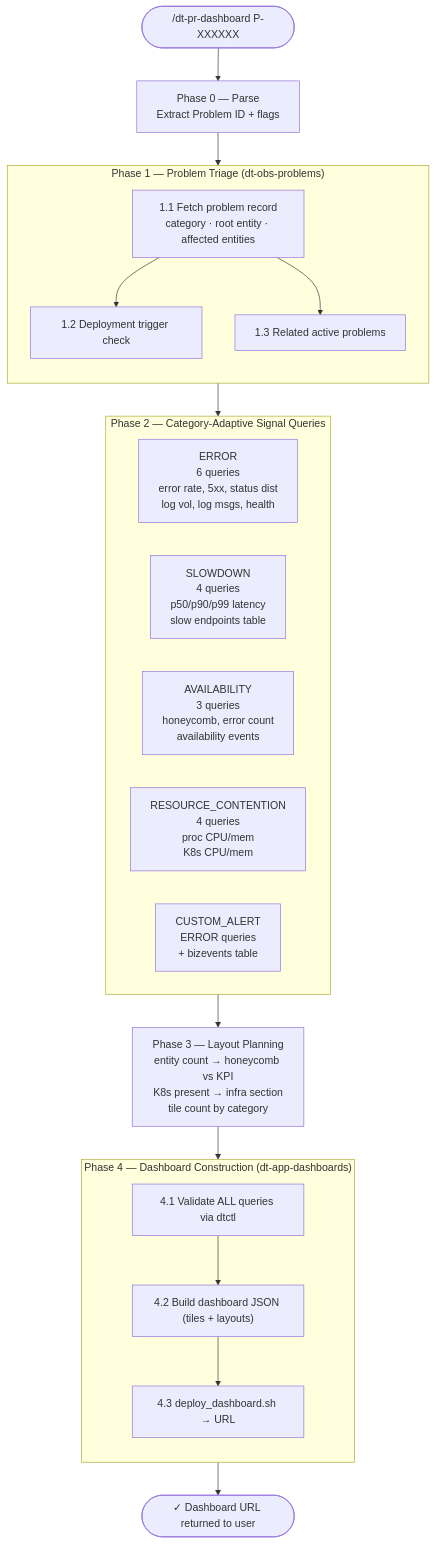
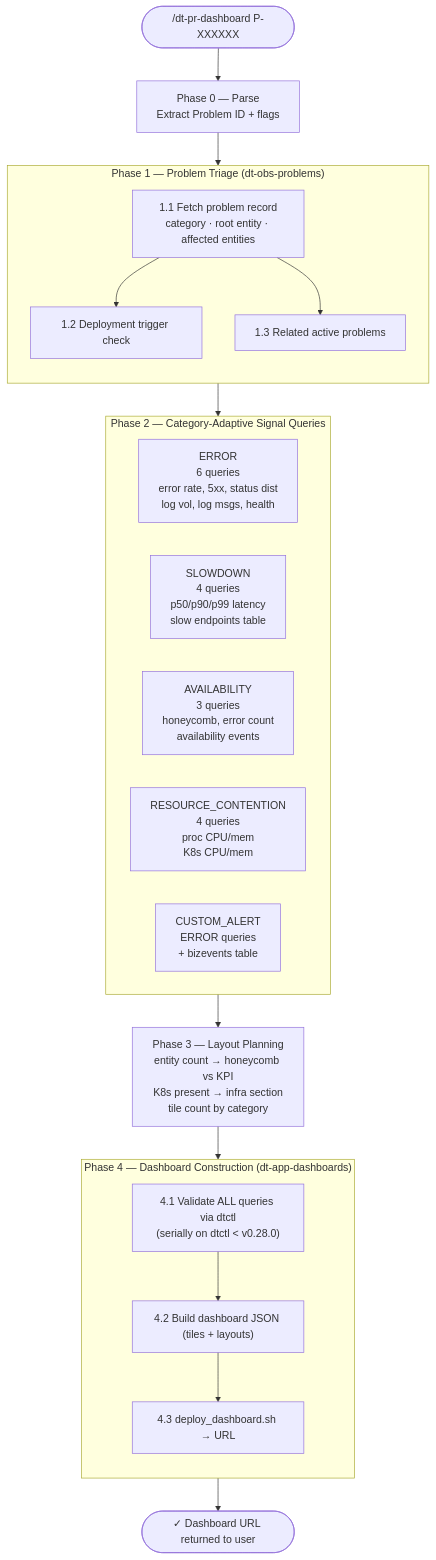
Before and after one commit to clabrado/dynatrace-ai-skills-package: the diagram in skills/dt-pr-dashboard/dt-pr-dashboard.md, drawn with Mermaid. The commit also changed other lines of this file, not shown here.

````diff
--- a/skills/dt-pr-dashboard/dt-pr-dashboard.md
+++ b/skills/dt-pr-dashboard/dt-pr-dashboard.md
@@ -46,39 +46,39 @@
 ```mermaid
 flowchart TD
     A(["/dt-pr-dashboard P-XXXXXX"]) --> B
 
     B["Phase 0 — Parse\nExtract Problem ID + flags"]
     B --> C
 
     subgraph C["Phase 1 — Problem Triage (dt-obs-problems)"]
         direction TB
         C1["1.1 Fetch problem record\ncategory · root entity · affected entities"]
         C2["1.2 Deployment trigger check"]
         C3["1.3 Related active problems"]
         C1 --> C2 & C3
     end
 
     C --> D
 
     subgraph D["Phase 2 — Category-Adaptive Signal Queries"]
         direction LR
         D1["ERROR\n6 queries\nerror rate, 5xx, status dist\nlog vol, log msgs, health"]
         D2["SLOWDOWN\n4 queries\np50/p90/p99 latency\nslow endpoints table"]
         D3["AVAILABILITY\n3 queries\nhoneycomb, error count\navailability events"]
         D4["RESOURCE_CONTENTION\n4 queries\nproc CPU/mem\nK8s CPU/mem"]
         D5["CUSTOM_ALERT\nERROR queries\n+ bizevents table"]
     end
 
     D --> E["Phase 3 — Layout Planning\nentity count → honeycomb vs KPI\nK8s present → infra section\ntile count by category"]
     E --> F
 
     subgraph F["Phase 4 — Dashboard Construction (dt-app-dashboards)"]
         direction TB
-        F1["4.1 Validate ALL queries via dtctl"]
+        F1["4.1 Validate ALL queries via dtctl\n(serially on dtctl < v0.28.0)"]
         F2["4.2 Build dashboard JSON (tiles + layouts)"]
         F3["4.3 deploy_dashboard.sh → URL"]
         F1 --> F2 --> F3
     end
 
     F --> G(["✓ Dashboard URL returned to user"])
 ```
````
